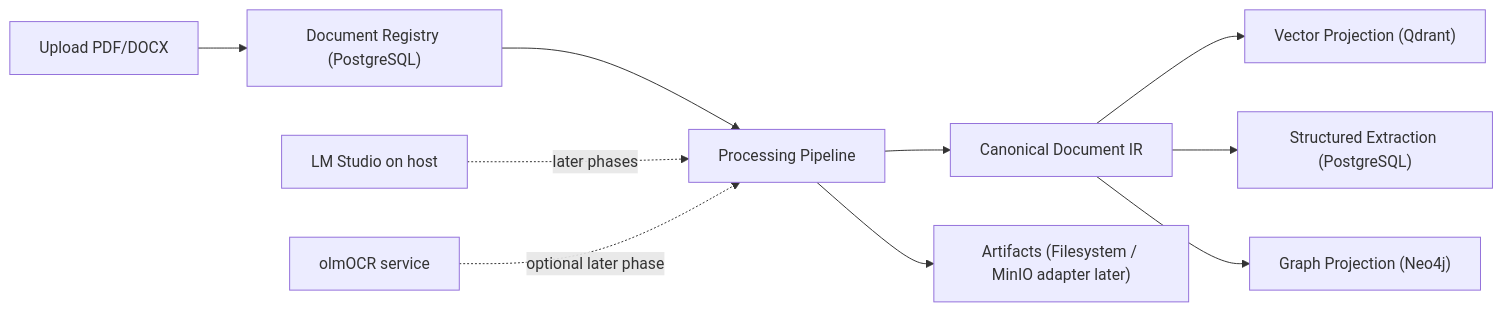
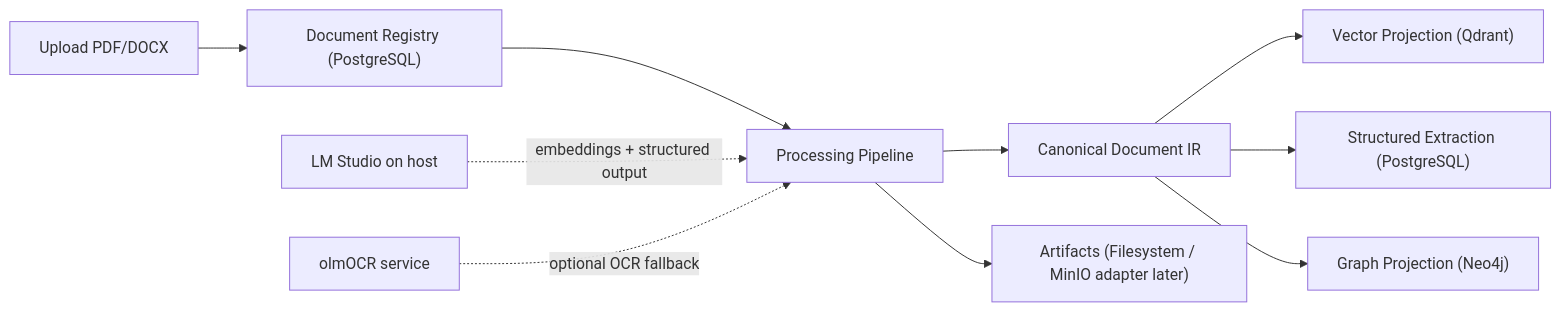
One commit to venkatesh27das/ai_for_data_platform changed the diagram in README.md. Above: the diagram before and after it, drawn with Mermaid. The commit also changed other lines of this file and 31 other files, not shown here.

First line of the commit message:
feat(api): enhance API types and responses for graph and extractions

````diff
--- a/README.md
+++ b/README.md
@@ -12,12 +15,12 @@
 ```mermaid
 flowchart LR
     A["Upload PDF/DOCX"] --> B["Document Registry (PostgreSQL)"]
     B --> C["Processing Pipeline"]
     C --> D["Canonical Document IR"]
     D --> E["Vector Projection (Qdrant)"]
     D --> F["Structured Extraction (PostgreSQL)"]
     D --> G["Graph Projection (Neo4j)"]
     C --> H["Artifacts (Filesystem / MinIO adapter later)"]
-    I["LM Studio on host"] -. "later phases" .-> C
-    J["olmOCR service"] -. "optional later phase" .-> C
+    I["LM Studio on host"] -. "embeddings + structured output" .-> C
+    J["olmOCR service"] -. "optional OCR fallback" .-> C
 ```
````
